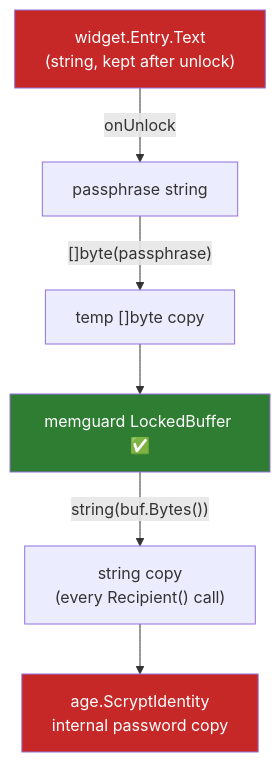
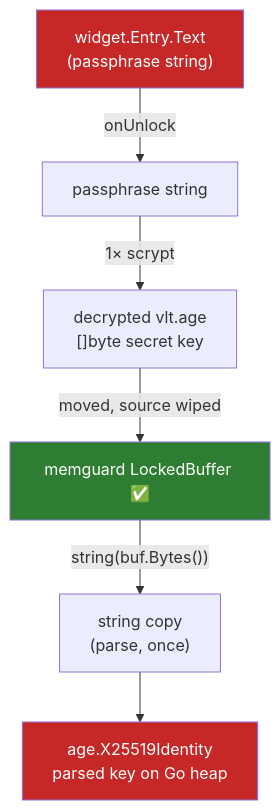
One commit to heyjdp/vlt changed the diagram in vault-vlt/Architecture/Security Model.md. Above: the diagram before and after it, drawn with Mermaid. The commit also changed other lines of this file and 27 other files, not shown here.

First line of the commit message:
feat(crypto,store): wrap a random X25519 vault key with the passphrase (F01)

````diff
--- a/vault-vlt/Architecture/Security Model.md
+++ b/vault-vlt/Architecture/Security Model.md
@@ -24,12 +25,12 @@
 ```mermaid
 flowchart TB
-    E["widget.Entry.Text<br/>(string, kept after unlock)"] -->|onUnlock| P["passphrase string"]
-    P -->|"[]byte(passphrase)"| B["temp []byte copy"]
-    B --> LB["memguard LockedBuffer ✅"]
-    LB -->|"string(buf.Bytes())"| S2["string copy<br/>(every Recipient() call)"]
-    S2 --> AGE["age.ScryptIdentity<br/>internal password copy"]
+    E["widget.Entry.Text<br/>(passphrase string)"] -->|onUnlock| P["passphrase string"]
+    P -->|"1× scrypt"| U["decrypted vlt.age<br/>[]byte secret key"]
+    U -->|"moved, source wiped"| LB["memguard LockedBuffer ✅"]
+    LB -->|"string(buf.Bytes())"| S2["string copy<br/>(parse, once)"]
+    S2 --> X["age.X25519Identity<br/>parsed key on Go heap"]
 
     style LB fill:#2e7d32,color:#fff
     style E fill:#c62828,color:#fff
-    style AGE fill:#c62828,color:#fff
+    style X fill:#c62828,color:#fff
 ```
````
